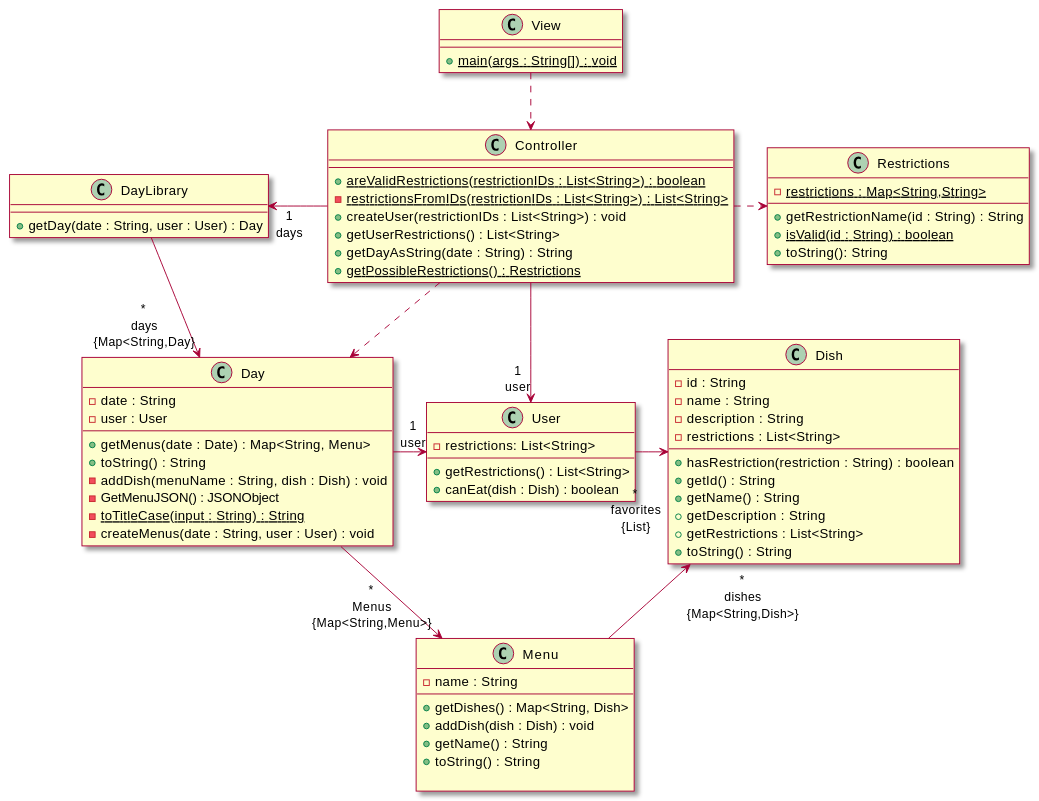
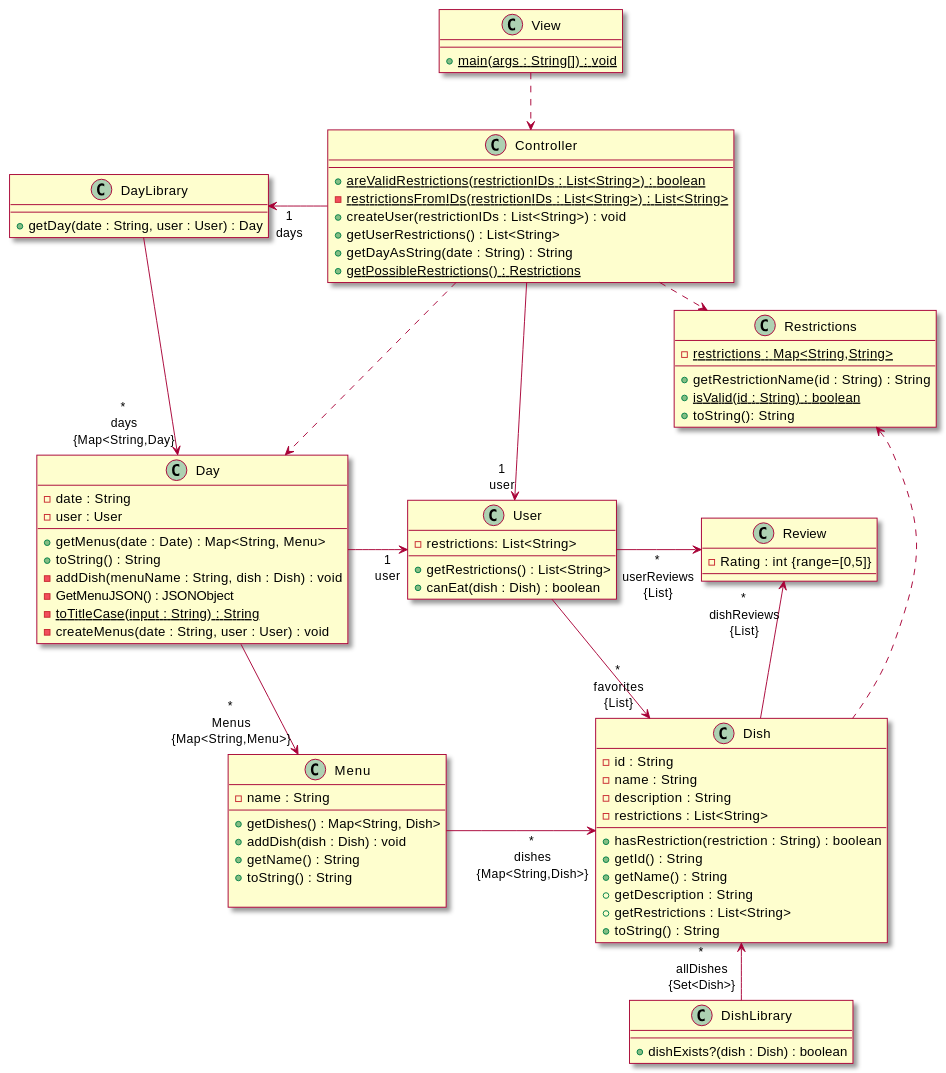
Before and after one commit to sashap100/Vassar-Dining-App: the first of 3 diagrams in intellij/doc/design.md, drawn with PlantUML. The commit also changed other lines of this file and 1 other file, not shown here.

Commit message:
Updated design (complete), updated test report but it is not yet complete

````diff
--- a/intellij/doc/design.md
+++ b/intellij/doc/design.md
@@ -57,6 +60,13 @@
     + getRestrictions : List<String>
     + toString() : String
 }
+class DishLibrary{
+    __
+    + dishExists?(dish : Dish) : boolean
+}
+class Review{
+    - Rating : int {range=[0,5]}
+}
 class Controller{
     --
     {static} + areValidRestrictions(restrictionIDs : List<String>) : boolean
@@ -78,16 +88,20 @@
 }
 
 ' associations
-User -right-> "\n*\nfavorites\n{List}" Dish
-Day -right-> "*\nMenus\n{Map<String,Menu>}" Menu : \t\t\t
-Menu -up-> "*\ndishes\n{Map<String,Dish>}" Dish : \t\t
+User -right-> "*\nuserReviews\n{List}" Review : \t\t
+Dish -up-> "*\ndishReviews\n{List}" Review
+User -right-> "*\nfavorites\n{List}" Dish : \t\t
+Day -down-> "*\nMenus\n{Map<String,Menu>}" Menu
+Menu -right-> "*\ndishes\n{Map<String,Dish>}" Dish : \t\t
 Controller -down-> "1\nuser" User
 Controller -left-> "1\ndays" DayLibrary : \t
 View .down.> Controller
-Day -> "1\nuser" User
+Day -> "1\nuser" User : \t
 DayLibrary -down-> "*\ndays\n{Map<String,Day}" Day
+DishLibrary -up-> "*\nallDishes\n{Set<Dish>}" Dish
 Controller .> Restrictions
-Controller .> Day
+Controller .down.> Day
+Dish .up.> Restrictions
 
 @enduml
 ```
````
